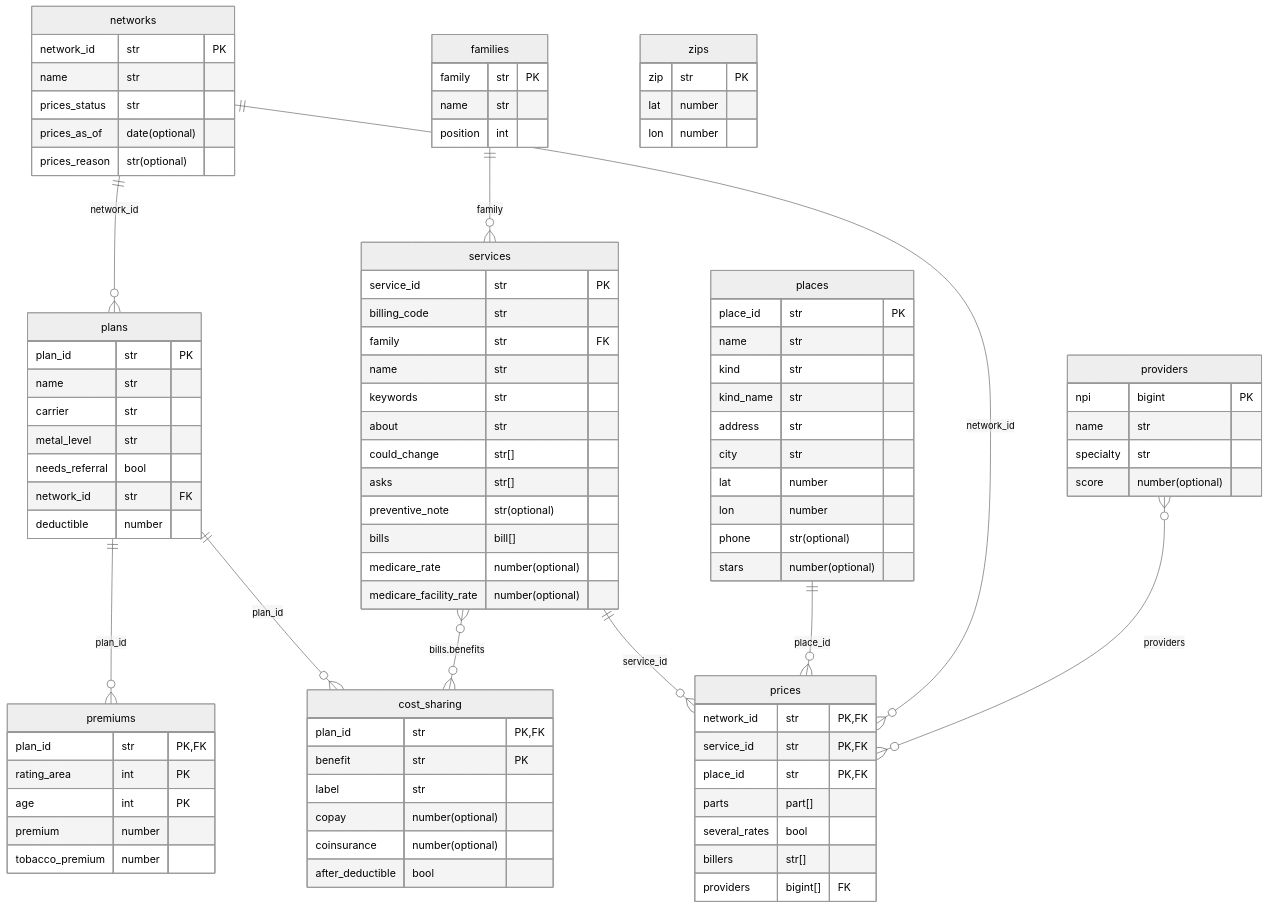
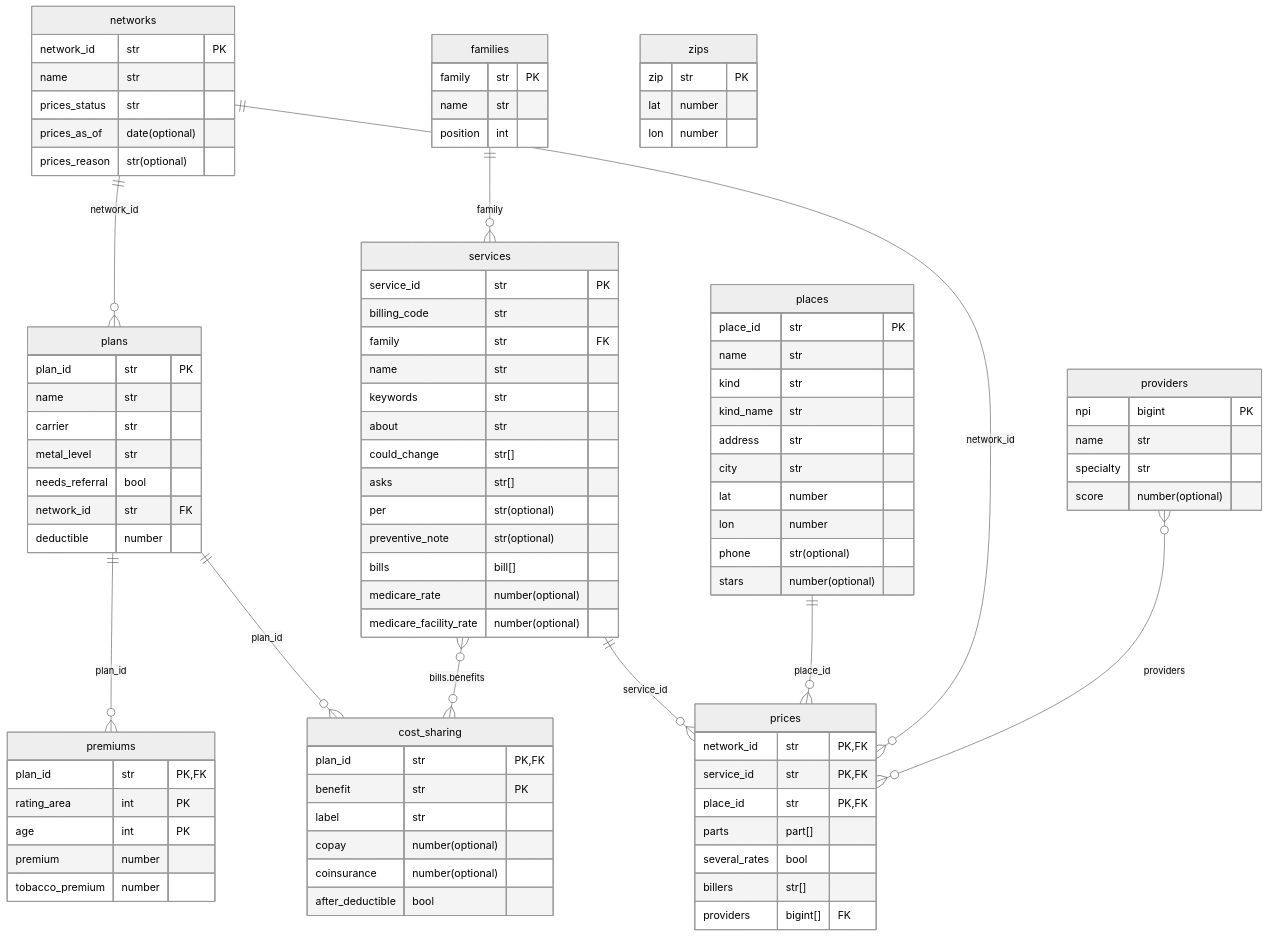
One commit to wmespi/honest-healthcare changed the second of 3 diagrams in docs/architecture.md. Above: the diagram before and after it, drawn with Mermaid (neutral theme). The commit also changed 14 other files, not shown here.

```diff
--- a/docs/architecture.md
+++ b/docs/architecture.md
@@ -136,6 +136,7 @@
         about str
         could_change str[]
         asks str[]
+        per str(optional)
         preventive_note str(optional)
         bills bill[]
         medicare_rate number(optional)
```
